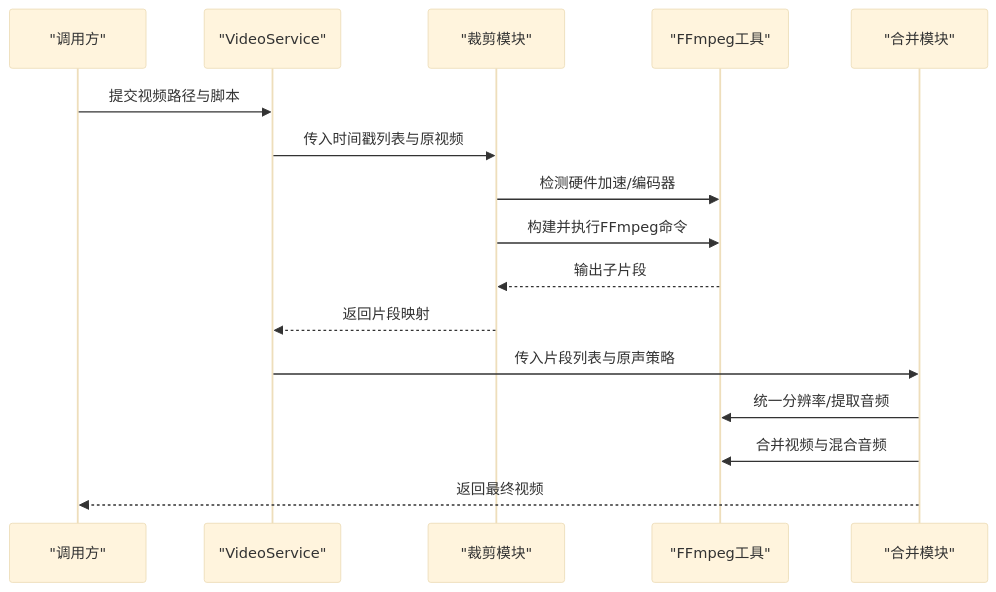
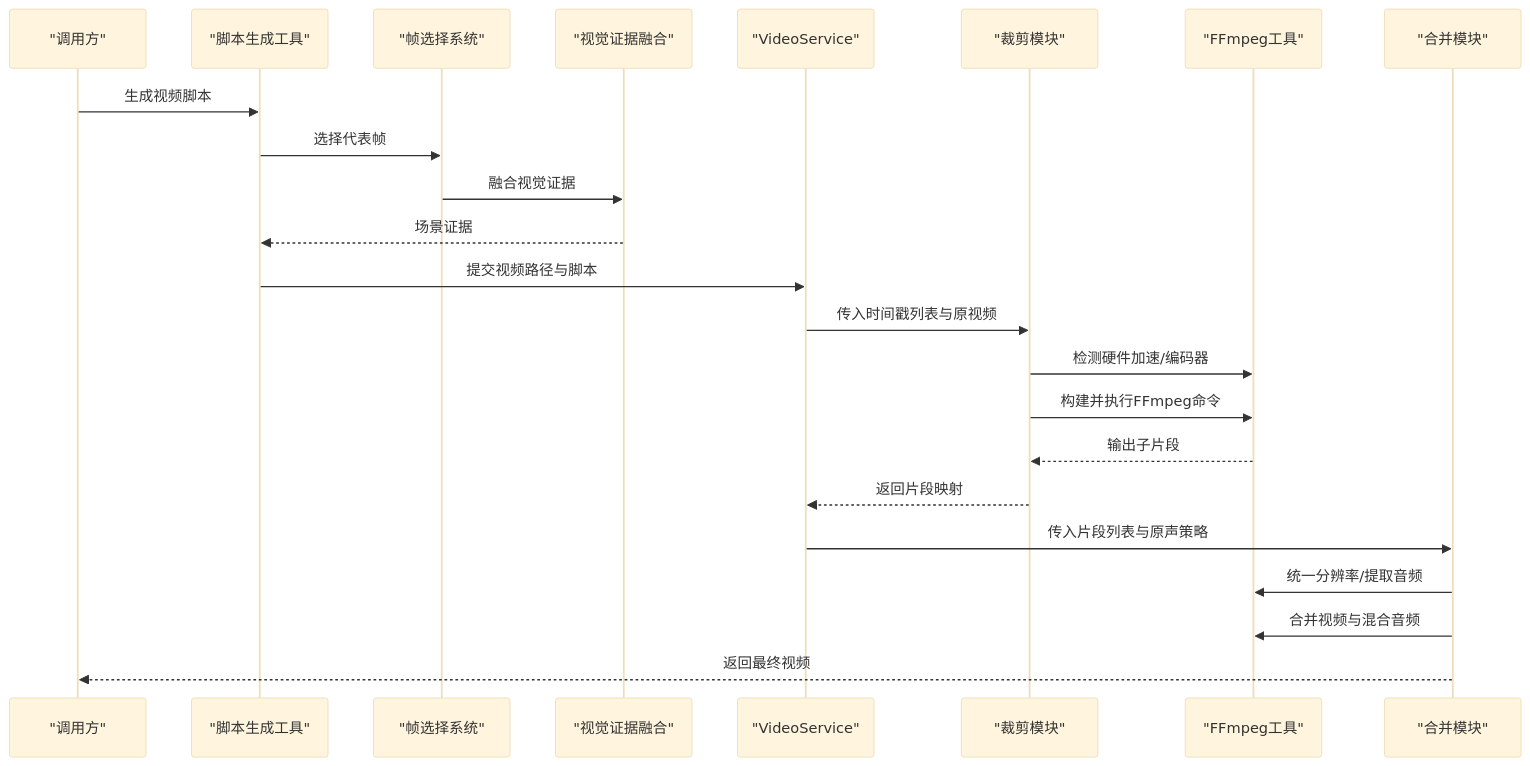
The second of 7 diagrams in .qoder/repowiki/zh/content/核心功能/视频处理服务/视频处理服务.md (wowoduang/AIVideoClaude), drawn with Mermaid (base theme) before and after one commit. The commit also changed other lines of this file and 26 other files, not shown here.

````diff
--- a/.qoder/repowiki/zh/content/核心功能/视频处理服务/视频处理服务.md
+++ b/.qoder/repowiki/zh/content/核心功能/视频处理服务/视频处理服务.md
@@ -124,18 +150,25 @@
 ```mermaid
 sequenceDiagram
 participant U as "调用方"
+participant GSD as "脚本生成工具"
+participant FS as "帧选择系统"
+participant EF as "视觉证据融合"
 participant VS as "VideoService"
 participant CL as "裁剪模块"
 participant FU as "FFmpeg工具"
 participant MG as "合并模块"
-U->>VS : 提交视频路径与脚本
+U->>GSD : 生成视频脚本
+GSD->>FS : 选择代表帧
+FS->>EF : 融合视觉证据
+EF-->>GSD : 场景证据
+GSD->>VS : 提交视频路径与脚本
 VS->>CL : 传入时间戳列表与原视频
 CL->>FU : 检测硬件加速/编码器
 CL->>FU : 构建并执行FFmpeg命令
 FU-->>CL : 输出子片段
 CL-->>VS : 返回片段映射
 VS->>MG : 传入片段列表与原声策略
 MG->>FU : 统一分辨率/提取音频
 MG->>FU : 合并视频与混合音频
 MG-->>U : 返回最终视频
 ```
````
